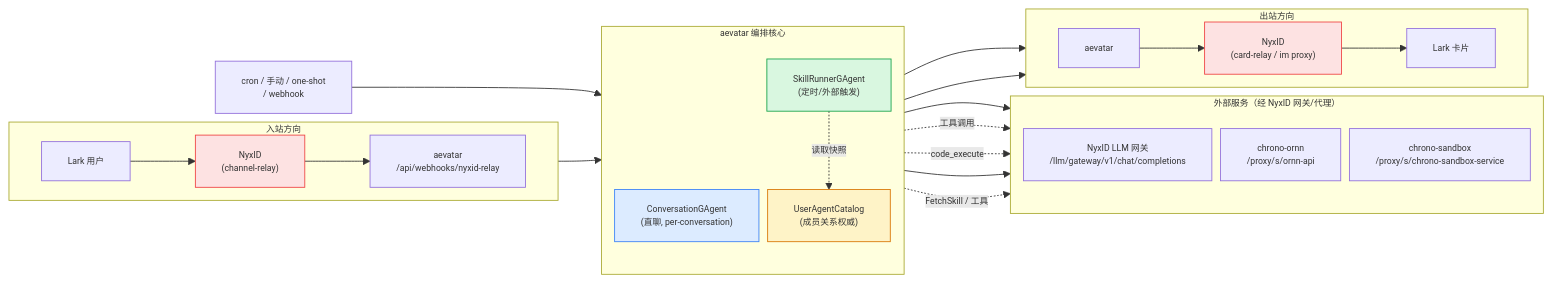
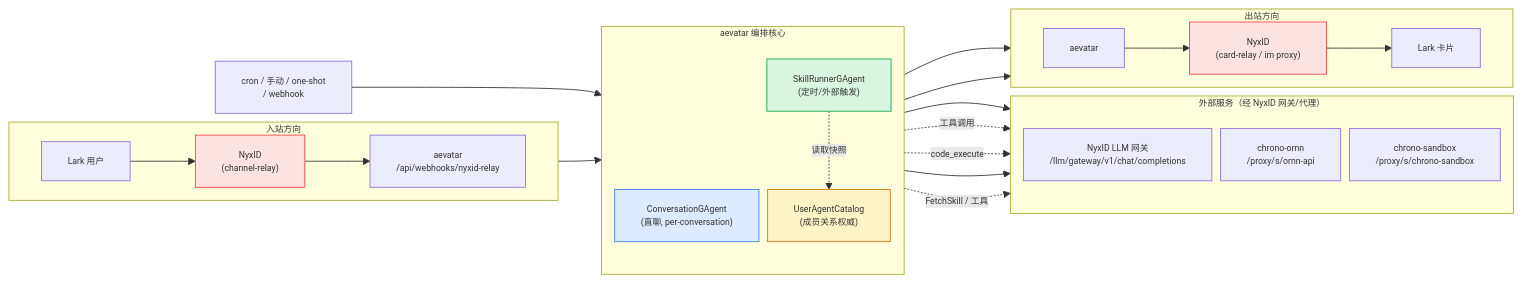
Before and after one commit to aevatarAI/aevatar: the third of 3 diagrams in docs/2026-06-15-lark-nyxid-ornn-interaction.md, drawn with Mermaid. The commit also changed other lines of this file and 8 other files, not shown here.

Commit message:
Use canonical Chrono sandbox slug

````diff
--- a/docs/2026-06-15-lark-nyxid-ornn-interaction.md
+++ b/docs/2026-06-15-lark-nyxid-ornn-interaction.md
@@ -281,44 +281,44 @@
 ```mermaid
 %%{init: {"maxTextSize": 100000, "flowchart": {"useMaxWidth": false, "nodeSpacing": 10, "rankSpacing": 50}, "themeVariables": {"fontSize": "10px"}}}%%
 flowchart LR
     subgraph In["入站方向"]
         direction LR
         L1["Lark 用户"] --> N1["NyxID<br/>(channel-relay)"]
         N1 --> A1["aevatar<br/>/api/webhooks/nyxid-relay"]
     end
     subgraph Core["aevatar 编排核心"]
         direction TB
         CG["ConversationGAgent<br/>(直聊, per-conversation)"]
         SR["SkillRunnerGAgent<br/>(定时/外部触发)"]
         UC["UserAgentCatalog<br/>(成员关系权威)"]
         SR -.读取快照.-> UC
     end
     subgraph External["外部服务（经 NyxID 网关/代理）"]
         direction TB
         LLM["NyxID LLM 网关<br/>/llm/gateway/v1/chat/completions"]
         OR["chrono-ornn<br/>/proxy/s/ornn-api"]
-        SB["chrono-sandbox<br/>/proxy/s/chrono-sandbox-service"]
+        SB["chrono-sandbox<br/>/proxy/s/chrono-sandbox"]
     end
     subgraph Out["出站方向"]
         direction LR
         A2["aevatar"] --> N2["NyxID<br/>(card-relay / im proxy)"]
         N2 --> L2["Lark 卡片"]
     end
 
     A1 --> CG
     CG --> LLM
     CG -.工具调用.-> OR
     CG -.code_execute.-> SB
     CG --> A2
 
     Cron["cron / 手动 / one-shot<br/>/ webhook"] --> SR
     SR --> LLM
     SR -.FetchSkill / 工具.-> OR
     SR --> A2
 
     style CG fill:#dcebff,stroke:#3b82f6
     style SR fill:#d9f7e0,stroke:#16a34a
     style UC fill:#fef3c7,stroke:#d97706
     style N1 fill:#fde2e2,stroke:#ef4444
     style N2 fill:#fde2e2,stroke:#ef4444
 ```
````
